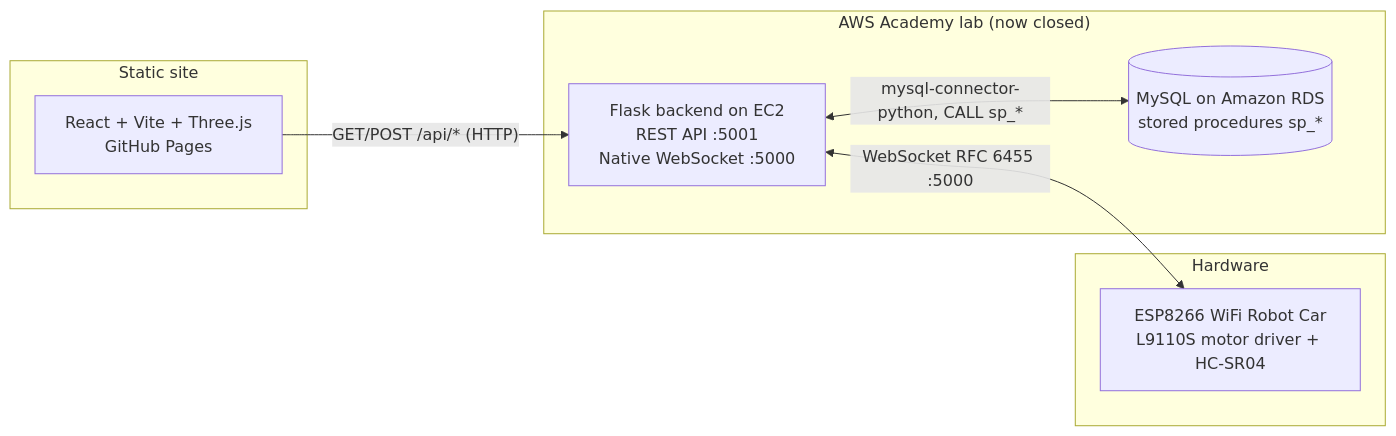
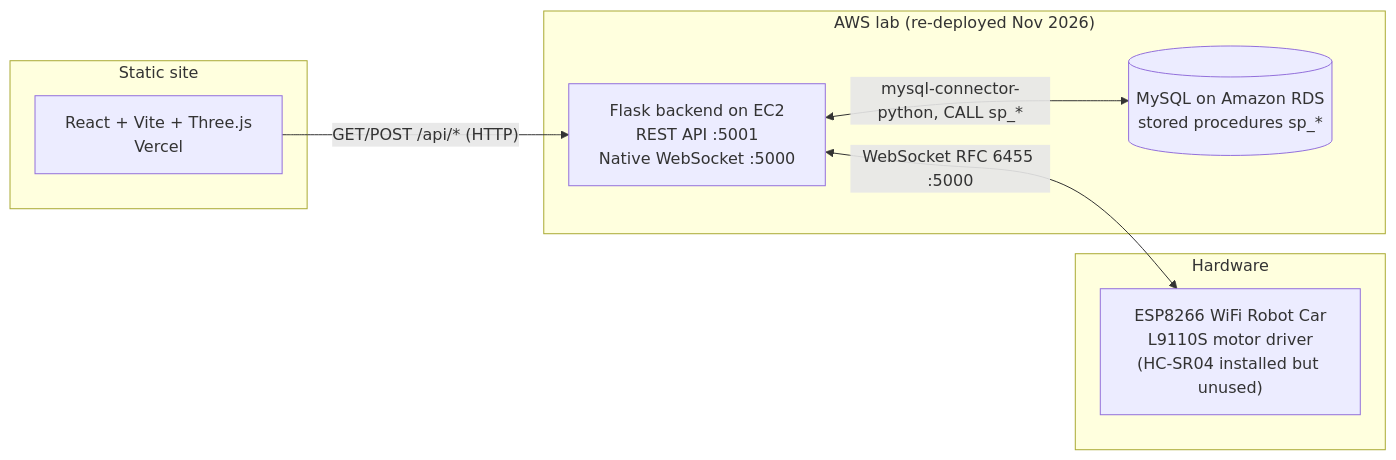
One commit to Villa19d/Iot_carrito_aws_frontend changed the diagram in README.md. Above: the diagram before and after it, drawn with Mermaid. The commit also changed other lines of this file and 10 other files, not shown here.

````diff
--- a/README.md
+++ b/README.md
@@ -35,19 +35,19 @@
 ```mermaid
 flowchart LR
     subgraph HW["Hardware"]
-        ESP["ESP8266 WiFi Robot Car<br/>L9110S motor driver + HC-SR04"]
+        ESP["ESP8266 WiFi Robot Car<br/>L9110S motor driver<br/>(HC-SR04 installed but unused)"]
     end
 
-    subgraph AWS["AWS Academy lab (now closed)"]
+    subgraph AWS["AWS lab (re-deployed Nov 2026)"]
         FLASK["Flask backend on EC2<br/>REST API :5001<br/>Native WebSocket :5000"]
         RDS[("MySQL on Amazon RDS<br/>stored procedures sp_*")]
     end
 
     subgraph WEB["Static site"]
-        REACT["React + Vite + Three.js<br/>GitHub Pages"]
+        REACT["React + Vite + Three.js<br/>Vercel"]
     end
 
     REACT -- "GET/POST /api/* (HTTP)" --> FLASK
     FLASK <-- "WebSocket RFC 6455 :5000" --> ESP
     FLASK <-- "mysql-connector-python, CALL sp_*" --> RDS
 ```
````
